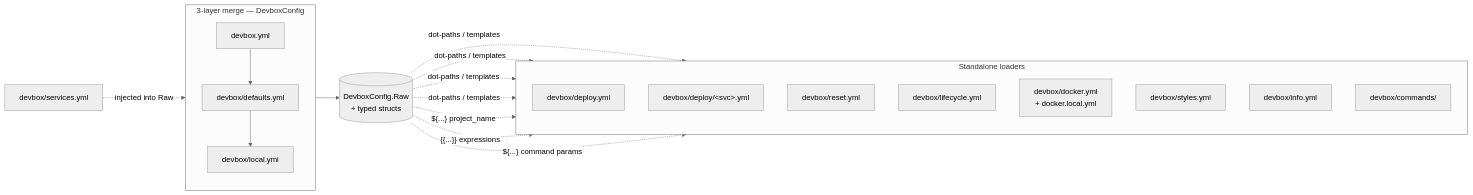
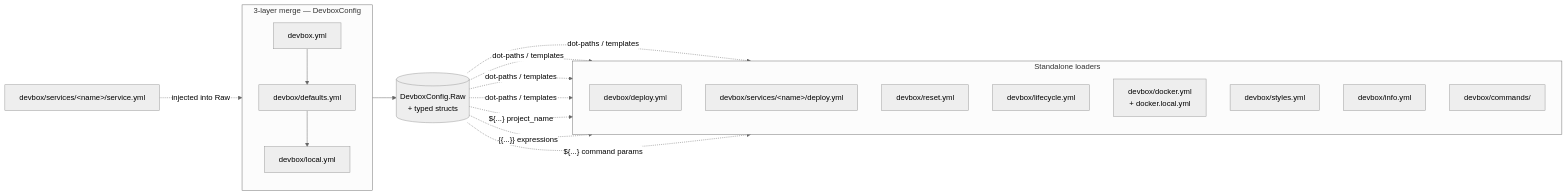
The diagram in internal/docs/embedded/reference/config/index.md (semsemyonoff/dwe), drawn with Mermaid (neutral theme) before and after one commit. The commit also changed other lines of this file and 57 other files, not shown here.

````diff
--- a/internal/docs/embedded/reference/config/index.md
+++ b/internal/docs/embedded/reference/config/index.md
@@ -49,31 +49,31 @@
 ```mermaid
 flowchart LR
   subgraph merged["3-layer merge — DevboxConfig"]
     direction TB
     A[devbox.yml] --> B[devbox/defaults.yml] --> C[devbox/local.yml]
   end
 
-  S[devbox/services.yml] -. injected into Raw .-> merged
+  S["devbox/services/&lt;name&gt;/service.yml"] -. injected into Raw .-> merged
 
   merged --> R[(DevboxConfig.Raw<br/>+ typed structs)]
 
   subgraph standalone["Standalone loaders"]
     direction TB
     D[devbox/deploy.yml]
-    DS[devbox/deploy/&lt;svc&gt;.yml]
+    DS["devbox/services/&lt;name&gt;/deploy.yml"]
     RS[devbox/reset.yml]
     L[devbox/lifecycle.yml]
     DK[devbox/docker.yml<br/>+ docker.local.yml]
     ST[devbox/styles.yml]
     IN[devbox/info.yml]
     CM[devbox/commands/]
   end
 
   R -. "dot-paths / templates" .-> D
   R -. "dot-paths / templates" .-> DS
   R -. "dot-paths / templates" .-> RS
   R -. "dot-paths / templates" .-> L
   R -. "$#123;...#125; project_name" .-> DK
   R -. "#123;#123;...#125;#125; expressions" .-> IN
   R -. "$#123;...#125; command params" .-> CM
 ```
````
